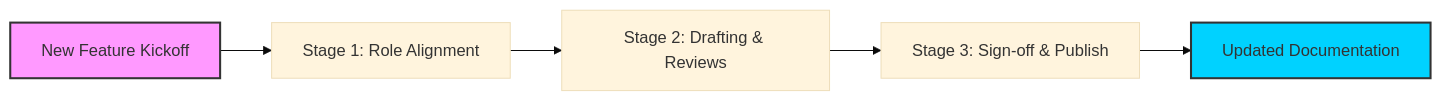
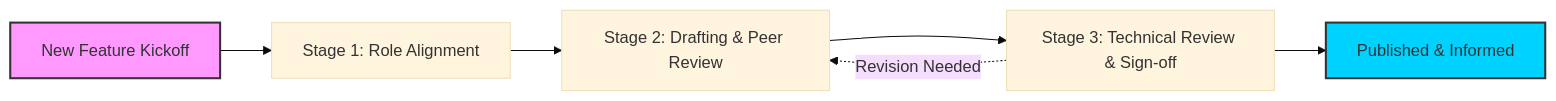
The diagram in docs/industry-terms/raci-matrix.md (vaishvanara/techwritingkb), drawn with Mermaid (base theme) before and after one commit. The commit also changed other lines of this file and 51 other files, not shown here.

````diff
--- a/docs/industry-terms/raci-matrix.md
+++ b/docs/industry-terms/raci-matrix.md
@@ -49,10 +49,11 @@
 ```mermaid
 graph LR
     A[New Feature Kickoff] --> B[Stage 1: Role Alignment]
-    B --> C[Stage 2: Drafting & Reviews]
-    C --> D[Stage 3: Sign-off & Publish]
-    D --> E[Updated Documentation]
+    B --> C[Stage 2: Drafting & Peer Review]
+    C --> D[Stage 3: Technical Review & Sign-off]
+    D --> E[Published & Informed]
+    D -.->|Revision Needed| C
     
     style A fill:#f9f,stroke:#333,stroke-width:2px
     style E fill:#00d2ff,stroke:#333,stroke-width:2px
 ```
````
